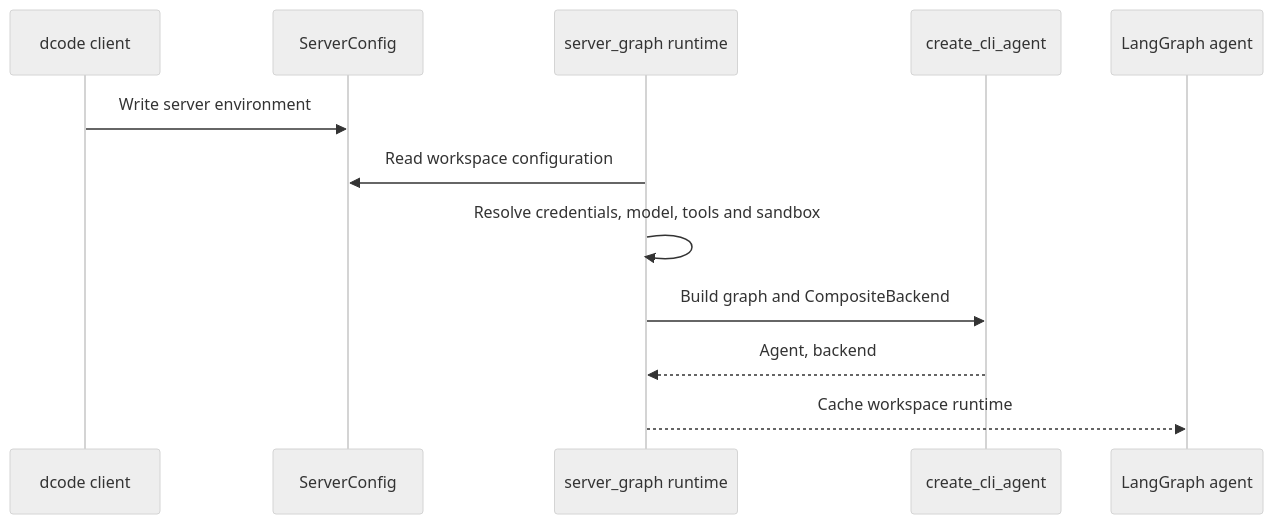
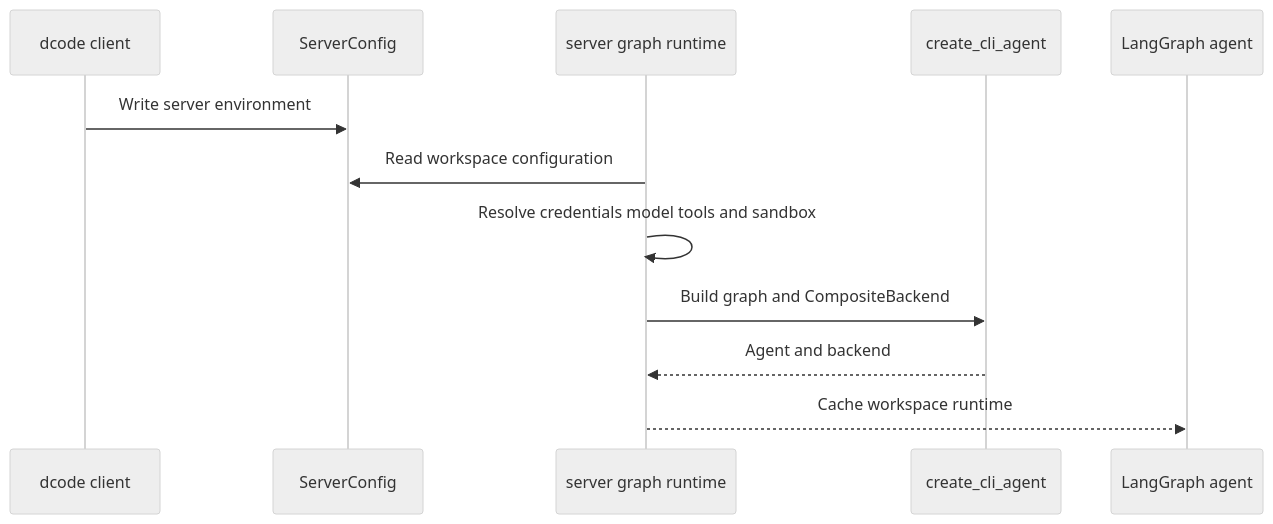
The third of 3 diagrams in openwiki/architecture/source-map.md (langchain-ai/deepagents), drawn with Mermaid (neutral theme) before and after one commit. The commit also changed other lines of this file and 37 other files, not shown here.

````diff
--- a/openwiki/architecture/source-map.md
+++ b/openwiki/architecture/source-map.md
@@ -123,14 +148,14 @@
 ```mermaid
 sequenceDiagram
   participant Client as dcode client
   participant Config as ServerConfig
-  participant Runtime as server_graph runtime
+  participant Runtime as server graph runtime
   participant Builder as create_cli_agent
   participant Graph as LangGraph agent
   Client->>Config: Write server environment
   Runtime->>Config: Read workspace configuration
-  Runtime->>Runtime: Resolve credentials, model, tools and sandbox
+  Runtime->>Runtime: Resolve credentials model tools and sandbox
   Runtime->>Builder: Build graph and CompositeBackend
-  Builder-->>Runtime: Agent, backend
+  Builder-->>Runtime: Agent and backend
   Runtime-->>Graph: Cache workspace runtime
 ```
````
